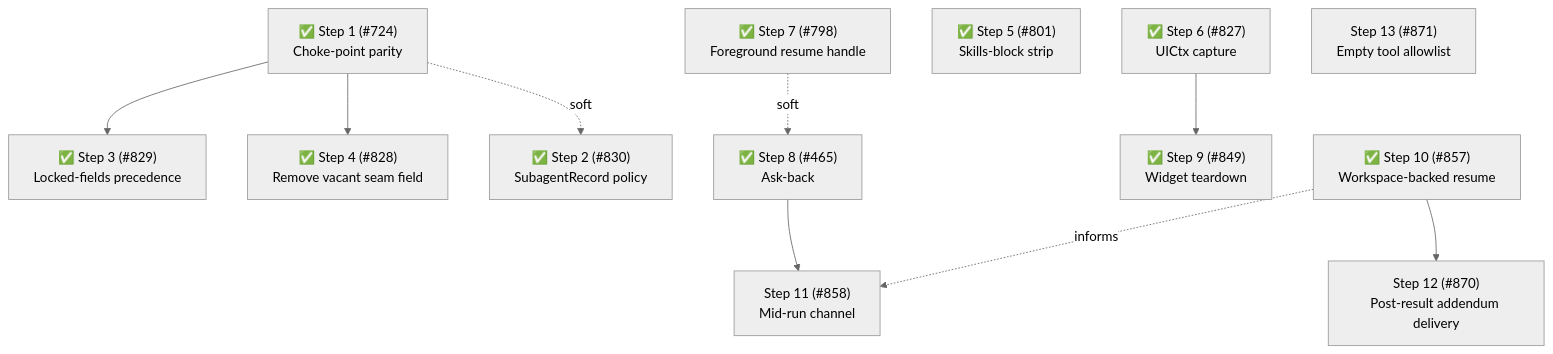
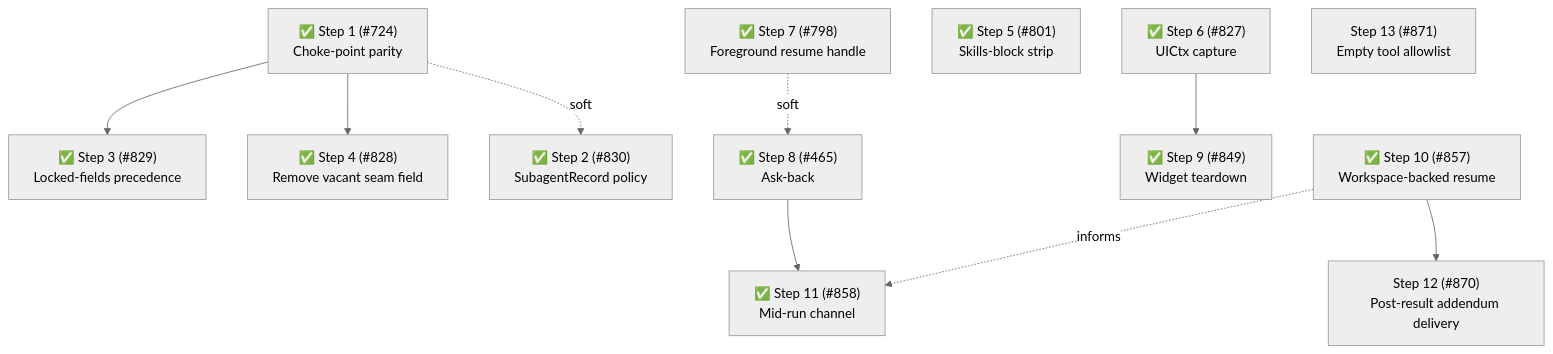
One commit to gotgenes/pi-packages changed the sixth of 6 diagrams in packages/pi-subagents/docs/architecture/architecture.md. Above: the diagram before and after it, drawn with Mermaid (neutral theme). The commit also changed other lines of this file and 5 other files, not shown here.

````diff
--- a/packages/pi-subagents/docs/architecture/architecture.md
+++ b/packages/pi-subagents/docs/architecture/architecture.md
@@ -1083,13 +1101,13 @@
 ```mermaid
 flowchart TD
     S1["✅ Step 1 (#724)<br/>Choke-point parity"] --> S3["✅ Step 3 (#829)<br/>Locked-fields precedence"]
     S1 --> S4["✅ Step 4 (#828)<br/>Remove vacant seam field"]
     S1 -.soft.-> S2["✅ Step 2 (#830)<br/>SubagentRecord policy"]
     S7["✅ Step 7 (#798)<br/>Foreground resume handle"] -.soft.-> S8["✅ Step 8 (#465)<br/>Ask-back"]
     S5["✅ Step 5 (#801)<br/>Skills-block strip"]
     S6["✅ Step 6 (#827)<br/>UICtx capture"] --> S9["✅ Step 9 (#849)<br/>Widget teardown"]
-    S8 --> S11["Step 11 (#858)<br/>Mid-run channel"]
+    S8 --> S11["✅ Step 11 (#858)<br/>Mid-run channel"]
     S10["✅ Step 10 (#857)<br/>Workspace-backed resume"] -.informs.-> S11
     S10 --> S12["Step 12 (#870)<br/>Post-result addendum delivery"]
     S13["Step 13 (#871)<br/>Empty tool allowlist"]
 ```
````
